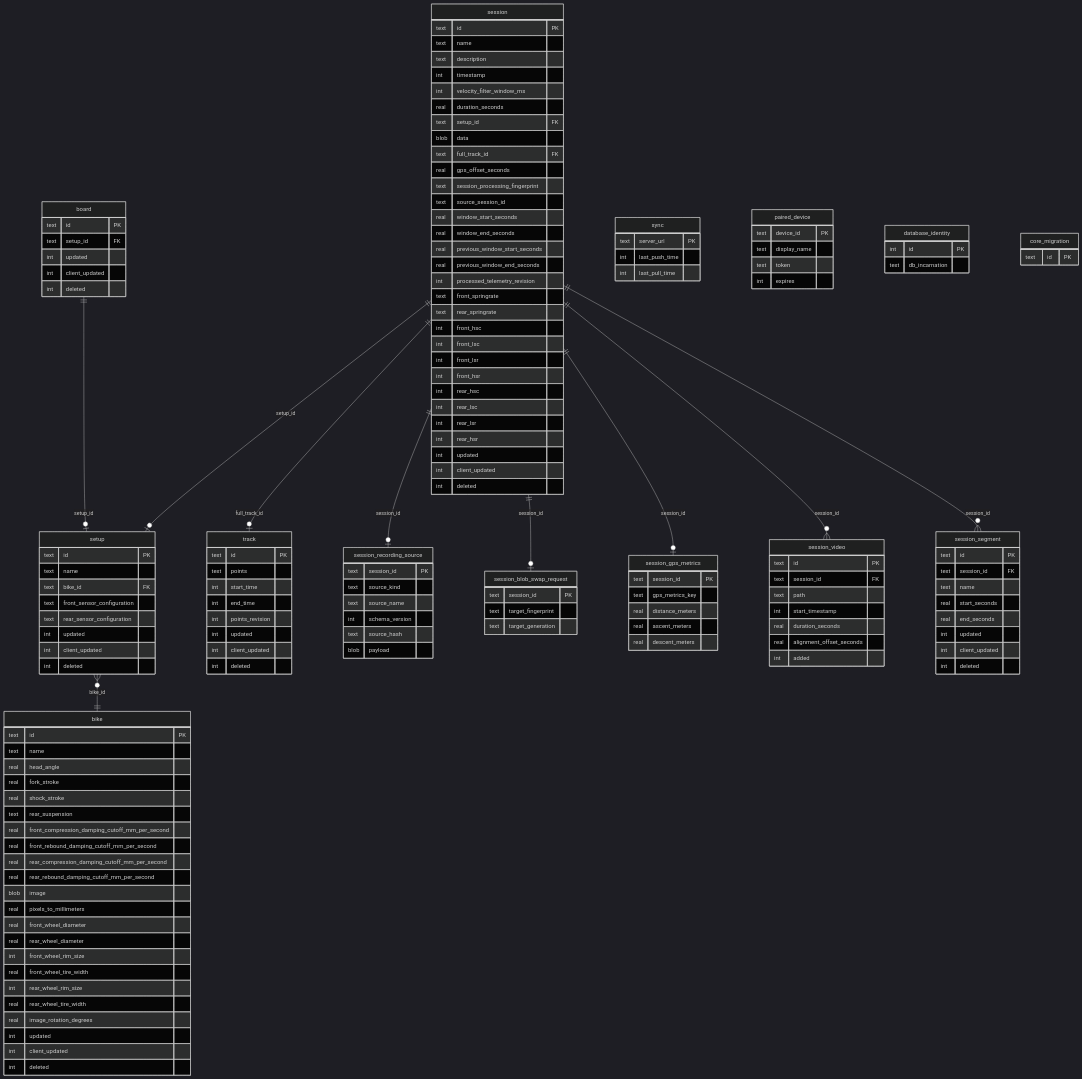
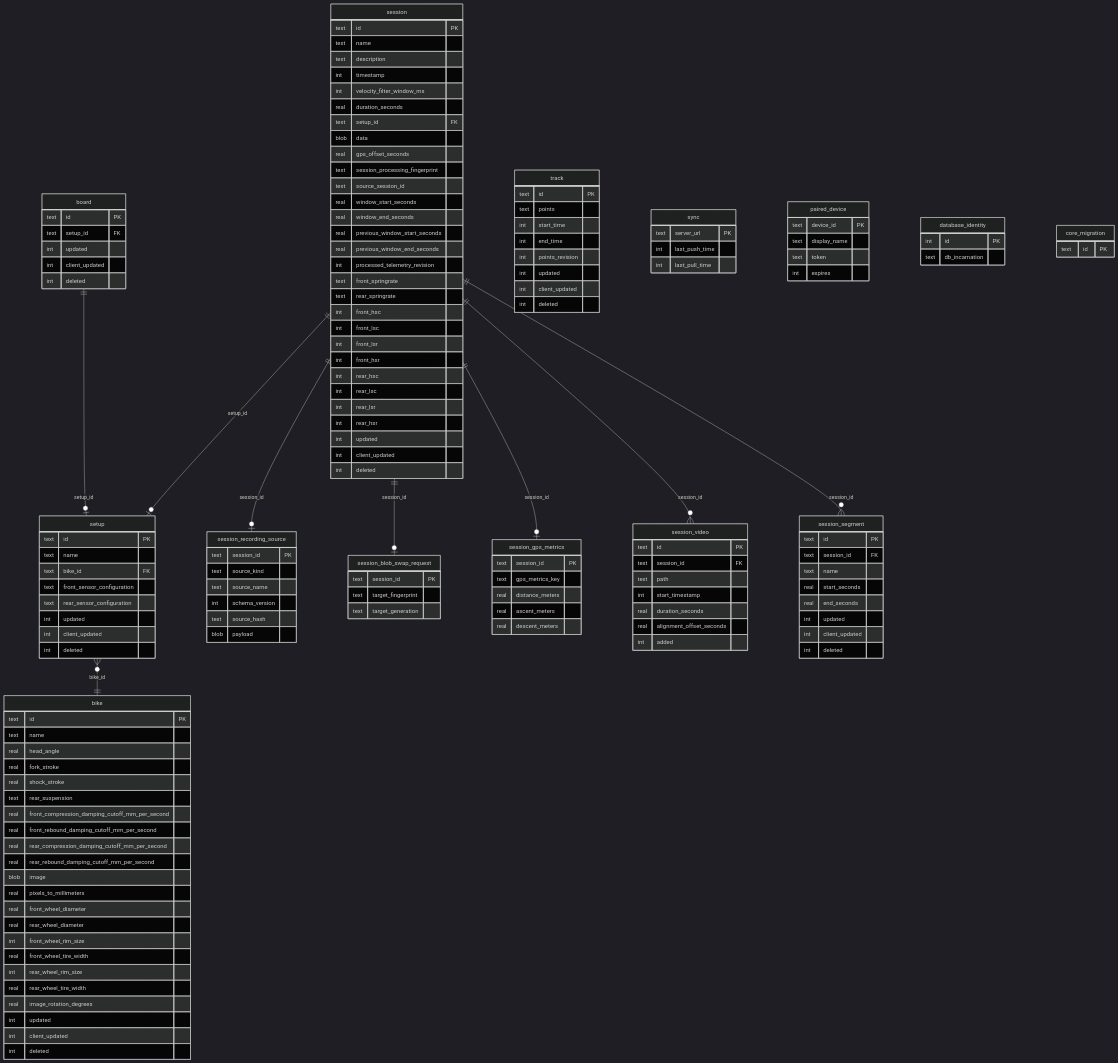
Before and after one commit to MoridinBG/Sufni.app: the diagram in docs/architecture/persistence.md, drawn with Mermaid (dark theme). The commit also changed other lines of this file and 51 other files, not shown here.

Commit message:
Remove stored full-track links and derive editor selection

````diff
--- a/docs/architecture/persistence.md
+++ b/docs/architecture/persistence.md
@@ -7,7 +7,6 @@
 ```mermaid
 erDiagram
     session ||--o| setup : "setup_id"
-    session ||--o| track : "full_track_id"
     session ||--o| session_recording_source : "session_id"
     session ||--o| session_blob_swap_request : "session_id"
     session ||--o| session_gps_metrics : "session_id"
@@ -25,7 +24,6 @@
         real duration_seconds
         text setup_id FK
         blob data
-        text full_track_id FK
         real gps_offset_seconds
         text session_processing_fingerprint
         text source_session_id
````
